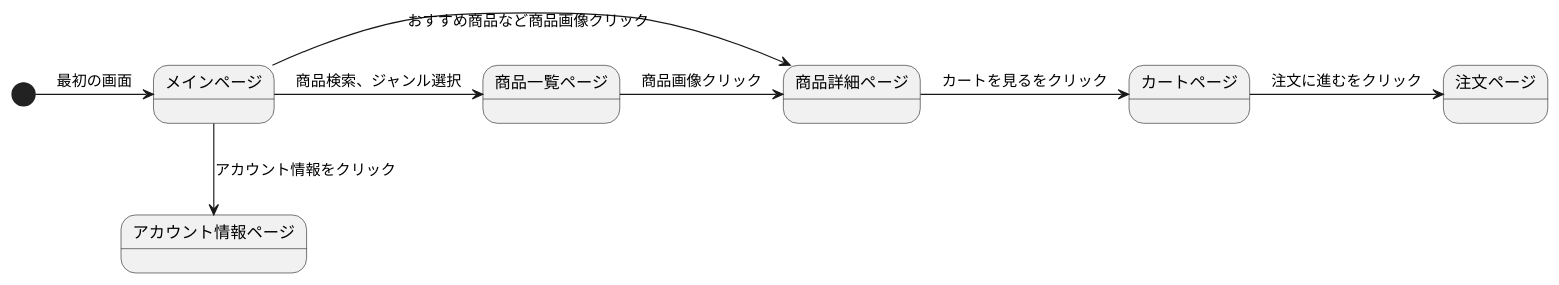
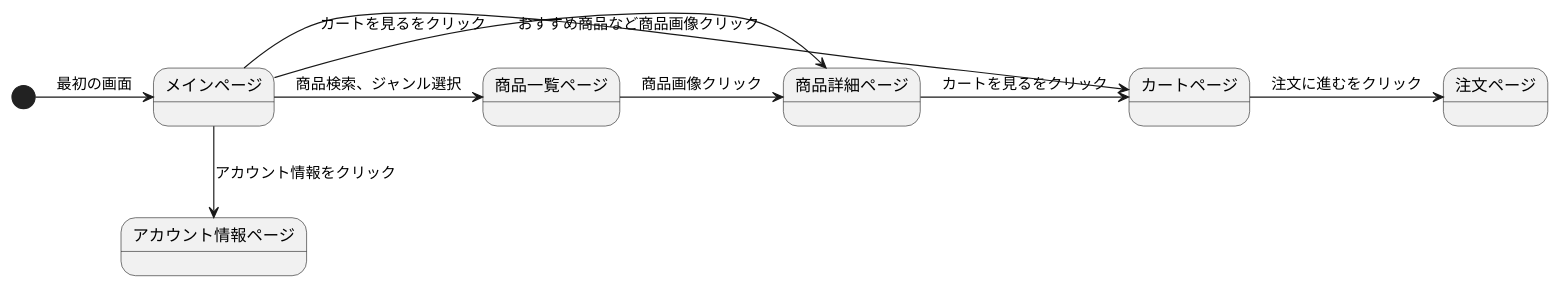
One commit to Aso2001385/2021sys-design changed the first of 2 diagrams in orcashop/StateMachine.md. Above: the diagram before and after it, drawn with PlantUML.

````diff
--- a/orcashop/StateMachine.md
+++ b/orcashop/StateMachine.md
@@ -1,13 +1,14 @@
 ```uml
 @startuml
 
 [*] -> メインページ: 最初の画面
 メインページ -> 商品一覧ページ: 商品検索、ジャンル選択
 メインページ -> 商品詳細ページ: おすすめ商品など商品画像クリック
 商品一覧ページ -> 商品詳細ページ: 商品画像クリック
 商品詳細ページ -> カートページ: カートを見るをクリック
 カートページ -> 注文ページ: 注文に進むをクリック
 メインページ -down-> アカウント情報ページ: アカウント情報をクリック
+メインページ -> カートページ: カートを見るをクリック
 
 @enduml
 ```
````
